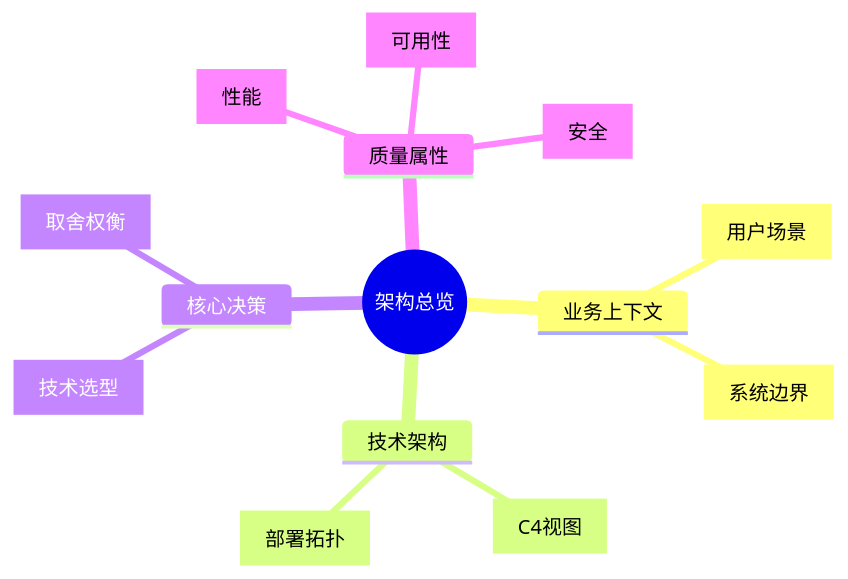
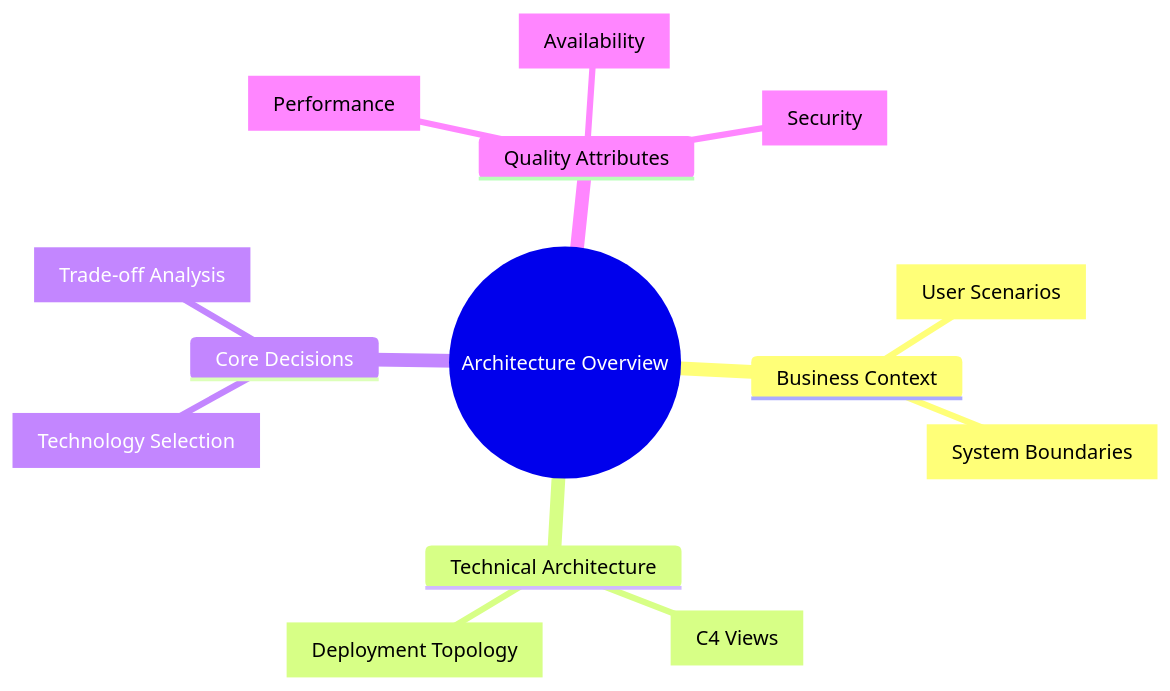
Before and after one commit to Kirky-X/cangjie: the first of 15 diagrams in templates/产品/技术层/【模板】架构设计文档.md, drawn with Mermaid. The commit also changed other lines of this file and 46 other files, not shown here.

````diff
--- a/templates/产品/技术层/【模板】架构设计文档.md
+++ b/templates/产品/技术层/【模板】架构设计文档.md
@@ -68,17 +68,17 @@
 ```mermaid
 mindmap
-  root((架构总览))
-    业务上下文
-      [用户场景]
-      [系统边界]
-    技术架构
-      [C4视图]
-      [部署拓扑]
-    核心决策
-      [技术选型]
-      [取舍权衡]
-    质量属性
-      [性能]
-      [可用性]
-      [安全]
+  root((Architecture Overview))
+    Business Context
+      [User Scenarios]
+      [System Boundaries]
+    Technical Architecture
+      [C4 Views]
+      [Deployment Topology]
+    Core Decisions
+      [Technology Selection]
+      [Trade-off Analysis]
+    Quality Attributes
+      [Performance]
+      [Availability]
+      [Security]
 ```
````
